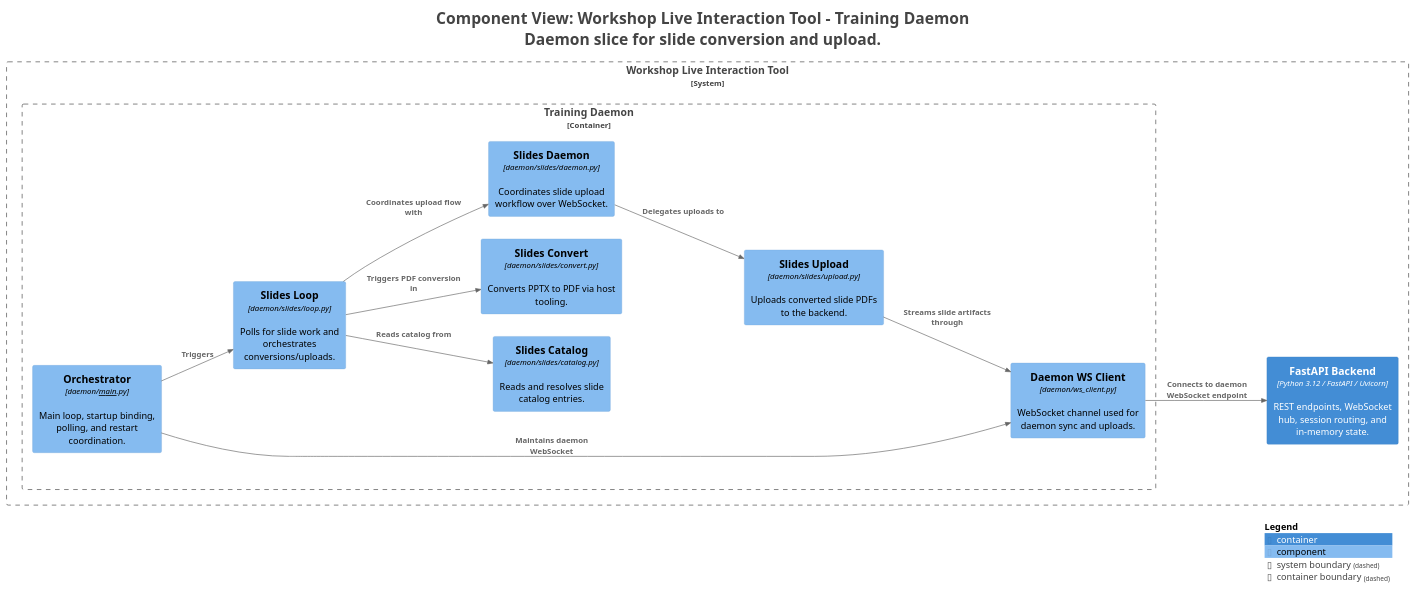
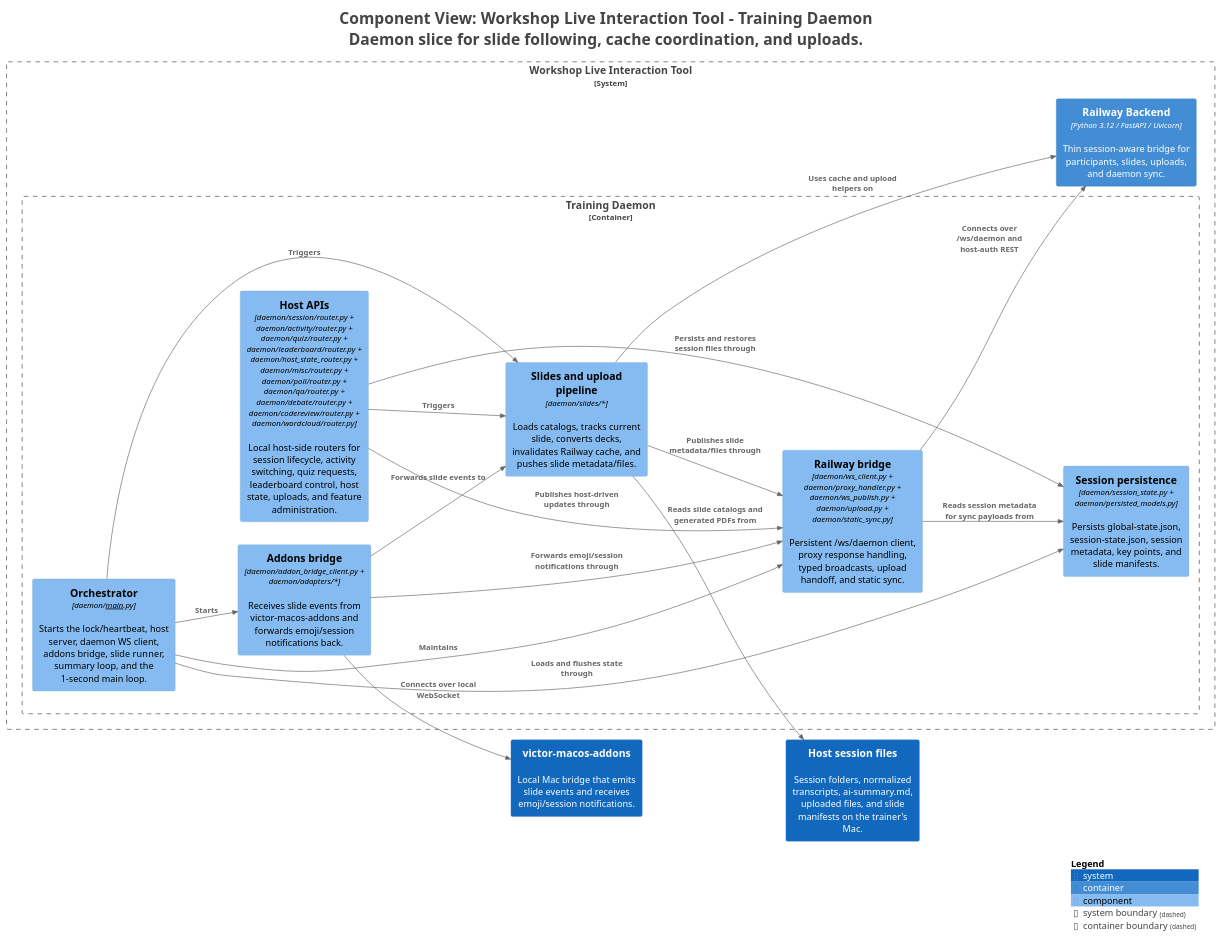
The diagram in docs/c4views/structurizr-C3DaemonSlides.puml (victorrentea/training-assistant), drawn with PlantUML before and after one commit. The commit also changed 26 other files, not shown here.

```diff
--- a/docs/c4views/structurizr-C3DaemonSlides.puml
+++ b/docs/c4views/structurizr-C3DaemonSlides.puml
@@ -1,44 +1,53 @@
 @startuml
-title <size:24>Component View: Workshop Live Interaction Tool - Training Daemon</size>\n<size:24>Daemon slice for slide conversion and upload.</size>
+title <size:24>Component View: Workshop Live Interaction Tool - Training Daemon</size>\n<size:24>Daemon slice for slide following, cache coordination, and uploads.</size>
 
 set separator none
 left to right direction
 
 <style>
   root {
     BackgroundColor: #ffffff
     FontColor: #444444
   }
 </style>
 
 !include <C4/C4>
 !include <C4/C4_Context>
 !include <C4/C4_Container>
 !include <C4/C4_Component>
 
+System(victormacosaddons, "victor-macos-addons", $descr="Local Mac bridge that emits slide events and receives emoji/session notifications.", $tags="", $link="")
+System(Hostsessionfiles, "Host session files", $descr="Session folders, normalized transcripts, ai-summary.md, uploaded files, and slide manifests on the trainer's Mac.", $tags="", $link="")
+
 System_Boundary("WorkshopLiveInteractionTool_boundary", "Workshop Live Interaction Tool", $tags="") {
   Container_Boundary("WorkshopLiveInteractionTool.TrainingDaemon_boundary", "Training Daemon", $tags="") {
-    Component(WorkshopLiveInteractionTool.TrainingDaemon.Orchestrator, "Orchestrator", $techn="daemon/__main__.py", $descr="Main loop, startup binding, polling, and restart coordination.", $tags="", $link="")
-    Component(WorkshopLiveInteractionTool.TrainingDaemon.DaemonWSClient, "Daemon WS Client", $techn="daemon/ws_client.py", $descr="WebSocket channel used for daemon sync and uploads.", $tags="", $link="")
-    Component(WorkshopLiveInteractionTool.TrainingDaemon.SlidesLoop, "Slides Loop", $techn="daemon/slides/loop.py", $descr="Polls for slide work and orchestrates conversions/uploads.", $tags="", $link="")
-    Component(WorkshopLiveInteractionTool.TrainingDaemon.SlidesCatalog, "Slides Catalog", $techn="daemon/slides/catalog.py", $descr="Reads and resolves slide catalog entries.", $tags="", $link="")
-    Component(WorkshopLiveInteractionTool.TrainingDaemon.SlidesConvert, "Slides Convert", $techn="daemon/slides/convert.py", $descr="Converts PPTX to PDF via host tooling.", $tags="", $link="")
-    Component(WorkshopLiveInteractionTool.TrainingDaemon.SlidesUpload, "Slides Upload", $techn="daemon/slides/upload.py", $descr="Uploads converted slide PDFs to the backend.", $tags="", $link="")
-    Component(WorkshopLiveInteractionTool.TrainingDaemon.SlidesDaemon, "Slides Daemon", $techn="daemon/slides/daemon.py", $descr="Coordinates slide upload workflow over WebSocket.", $tags="", $link="")
+    Component(WorkshopLiveInteractionTool.TrainingDaemon.Orchestrator, "Orchestrator", $techn="daemon/__main__.py", $descr="Starts the lock/heartbeat, host server, daemon WS client, addons bridge, slide runner, summary loop, and the 1-second main loop.", $tags="", $link="")
+    Component(WorkshopLiveInteractionTool.TrainingDaemon.HostAPIs, "Host APIs", $techn="daemon/session/router.py + daemon/activity/router.py + daemon/quiz/router.py + daemon/leaderboard/router.py + daemon/host_state_router.py + daemon/misc/router.py + daemon/poll/router.py + daemon/qa/router.py + daemon/debate/router.py + daemon/codereview/router.py + daemon/wordcloud/router.py", $descr="Local host-side routers for session lifecycle, activity switching, quiz requests, leaderboard control, host state, uploads, and feature administration.", $tags="", $link="")
+    Component(WorkshopLiveInteractionTool.TrainingDaemon.Railwaybridge, "Railway bridge", $techn="daemon/ws_client.py + daemon/proxy_handler.py + daemon/ws_publish.py + daemon/upload.py + daemon/static_sync.py", $descr="Persistent /ws/daemon client, proxy response handling, typed broadcasts, upload handoff, and static sync.", $tags="", $link="")
+    Component(WorkshopLiveInteractionTool.TrainingDaemon.Sessionpersistence, "Session persistence", $techn="daemon/session_state.py + daemon/persisted_models.py", $descr="Persists global-state.json, session-state.json, session metadata, key points, and slide manifests.", $tags="", $link="")
+    Component(WorkshopLiveInteractionTool.TrainingDaemon.Slidesanduploadpipeline, "Slides and upload pipeline", $techn="daemon/slides/*", $descr="Loads catalogs, tracks current slide, converts decks, invalidates Railway cache, and pushes slide metadata/files.", $tags="", $link="")
+    Component(WorkshopLiveInteractionTool.TrainingDaemon.Addonsbridge, "Addons bridge", $techn="daemon/addon_bridge_client.py + daemon/adapters/*", $descr="Receives slide events from victor-macos-addons and forwards emoji/session notifications back.", $tags="", $link="")
   }
 
-  Container(WorkshopLiveInteractionTool.FastAPIBackend, "FastAPI Backend", $techn="Python 3.12 / FastAPI / Uvicorn", $descr="REST endpoints, WebSocket hub, session routing, and in-memory state.", $tags="", $link="")
+  Container(WorkshopLiveInteractionTool.RailwayBackend, "Railway Backend", $techn="Python 3.12 / FastAPI / Uvicorn", $descr="Thin session-aware bridge for participants, slides, uploads, and daemon sync.", $tags="", $link="")
 }
 
-Rel(WorkshopLiveInteractionTool.TrainingDaemon.Orchestrator, WorkshopLiveInteractionTool.TrainingDaemon.DaemonWSClient, "Maintains daemon WebSocket", $techn="", $tags="", $link="")
-Rel(WorkshopLiveInteractionTool.TrainingDaemon.Orchestrator, WorkshopLiveInteractionTool.TrainingDaemon.SlidesLoop, "Triggers", $techn="", $tags="", $link="")
-Rel(WorkshopLiveInteractionTool.TrainingDaemon.DaemonWSClient, WorkshopLiveInteractionTool.FastAPIBackend, "Connects to daemon WebSocket endpoint", $techn="", $tags="", $link="")
-Rel(WorkshopLiveInteractionTool.TrainingDaemon.SlidesLoop, WorkshopLiveInteractionTool.TrainingDaemon.SlidesCatalog, "Reads catalog from", $techn="", $tags="", $link="")
-Rel(WorkshopLiveInteractionTool.TrainingDaemon.SlidesLoop, WorkshopLiveInteractionTool.TrainingDaemon.SlidesConvert, "Triggers PDF conversion in", $techn="", $tags="", $link="")
-Rel(WorkshopLiveInteractionTool.TrainingDaemon.SlidesLoop, WorkshopLiveInteractionTool.TrainingDaemon.SlidesDaemon, "Coordinates upload flow with", $techn="", $tags="", $link="")
-Rel(WorkshopLiveInteractionTool.TrainingDaemon.SlidesDaemon, WorkshopLiveInteractionTool.TrainingDaemon.SlidesUpload, "Delegates uploads to", $techn="", $tags="", $link="")
-Rel(WorkshopLiveInteractionTool.TrainingDaemon.SlidesUpload, WorkshopLiveInteractionTool.TrainingDaemon.DaemonWSClient, "Streams slide artifacts through", $techn="", $tags="", $link="")
+Rel(WorkshopLiveInteractionTool.TrainingDaemon.Slidesanduploadpipeline, Hostsessionfiles, "Reads slide catalogs and generated PDFs from", $techn="", $tags="", $link="")
+Rel(WorkshopLiveInteractionTool.TrainingDaemon.Slidesanduploadpipeline, WorkshopLiveInteractionTool.TrainingDaemon.Railwaybridge, "Publishes slide metadata/files through", $techn="", $tags="", $link="")
+Rel(WorkshopLiveInteractionTool.TrainingDaemon.Slidesanduploadpipeline, WorkshopLiveInteractionTool.RailwayBackend, "Uses cache and upload helpers on", $techn="", $tags="", $link="")
+Rel(WorkshopLiveInteractionTool.TrainingDaemon.Addonsbridge, victormacosaddons, "Connects over local WebSocket", $techn="", $tags="", $link="")
+Rel(WorkshopLiveInteractionTool.TrainingDaemon.Addonsbridge, WorkshopLiveInteractionTool.TrainingDaemon.Slidesanduploadpipeline, "Forwards slide events to", $techn="", $tags="", $link="")
+Rel(WorkshopLiveInteractionTool.TrainingDaemon.Addonsbridge, WorkshopLiveInteractionTool.TrainingDaemon.Railwaybridge, "Forwards emoji/session notifications through", $techn="", $tags="", $link="")
+Rel(WorkshopLiveInteractionTool.TrainingDaemon.Orchestrator, WorkshopLiveInteractionTool.TrainingDaemon.Railwaybridge, "Maintains", $techn="", $tags="", $link="")
+Rel(WorkshopLiveInteractionTool.TrainingDaemon.Orchestrator, WorkshopLiveInteractionTool.TrainingDaemon.Sessionpersistence, "Loads and flushes state through", $techn="", $tags="", $link="")
+Rel(WorkshopLiveInteractionTool.TrainingDaemon.Orchestrator, WorkshopLiveInteractionTool.TrainingDaemon.Slidesanduploadpipeline, "Triggers", $techn="", $tags="", $link="")
+Rel(WorkshopLiveInteractionTool.TrainingDaemon.Orchestrator, WorkshopLiveInteractionTool.TrainingDaemon.Addonsbridge, "Starts", $techn="", $tags="", $link="")
+Rel(WorkshopLiveInteractionTool.TrainingDaemon.HostAPIs, WorkshopLiveInteractionTool.TrainingDaemon.Railwaybridge, "Publishes host-driven updates through", $techn="", $tags="", $link="")
+Rel(WorkshopLiveInteractionTool.TrainingDaemon.HostAPIs, WorkshopLiveInteractionTool.TrainingDaemon.Sessionpersistence, "Persists and restores session files through", $techn="", $tags="", $link="")
+Rel(WorkshopLiveInteractionTool.TrainingDaemon.HostAPIs, WorkshopLiveInteractionTool.TrainingDaemon.Slidesanduploadpipeline, "Triggers", $techn="", $tags="", $link="")
+Rel(WorkshopLiveInteractionTool.TrainingDaemon.Railwaybridge, WorkshopLiveInteractionTool.RailwayBackend, "Connects over /ws/daemon and host-auth REST", $techn="", $tags="", $link="")
+Rel(WorkshopLiveInteractionTool.TrainingDaemon.Railwaybridge, WorkshopLiveInteractionTool.TrainingDaemon.Sessionpersistence, "Reads session metadata for sync payloads from", $techn="", $tags="", $link="")
 
 SHOW_LEGEND(true)
 hide stereotypes
 @enduml
```
